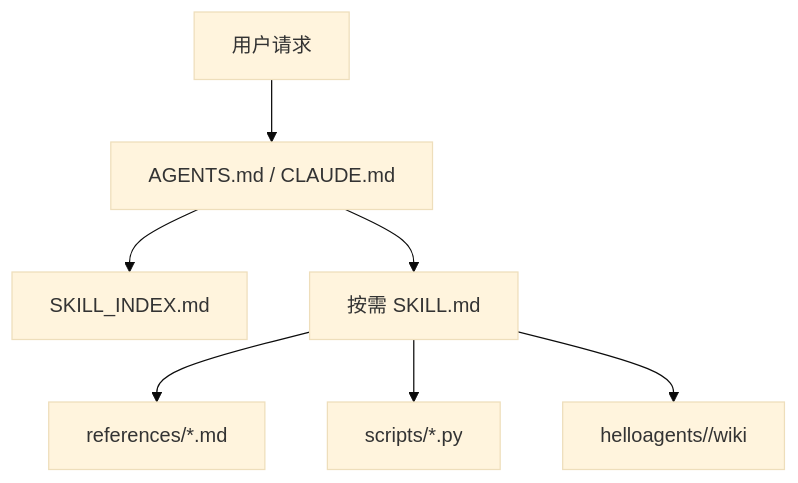
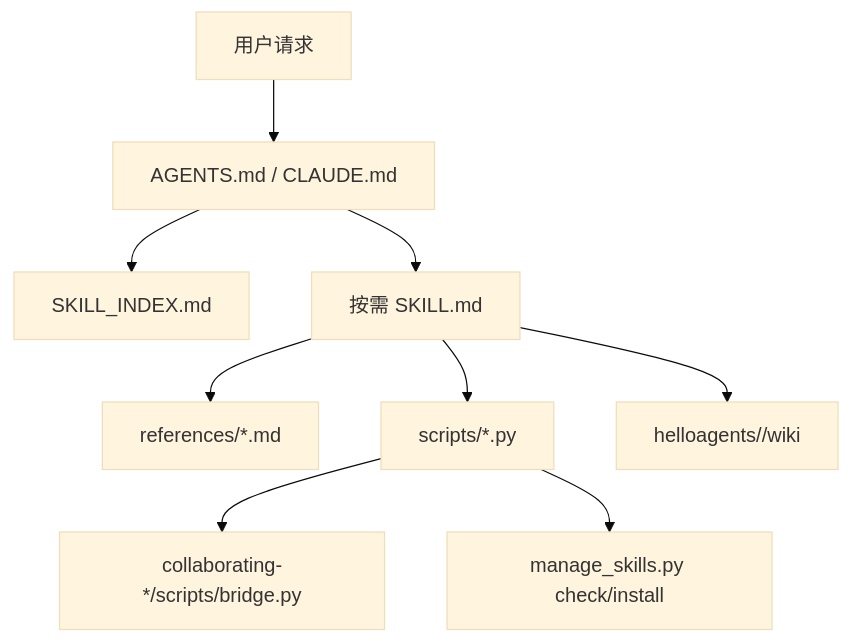
Before and after one commit to zcw199604/helloagents: the diagram in helloagents/1.x/wiki/arch.md, drawn with Mermaid (base theme). The commit also changed other lines of this file and 87 other files, not shown here.

````diff
--- a/helloagents/1.x/wiki/arch.md
+++ b/helloagents/1.x/wiki/arch.md
@@ -5,9 +5,11 @@
 ```mermaid
 flowchart TD
   User["用户请求"] --> Bootstrap["AGENTS.md / CLAUDE.md"]
   Bootstrap --> SkillIndex["SKILL_INDEX.md"]
   Bootstrap --> Skill["按需 SKILL.md"]
   Skill --> References["references/*.md"]
   Skill --> Scripts["scripts/*.py"]
+  Scripts --> Bundled["collaborating-*/scripts/bridge.py"]
+  Scripts --> Install["manage_skills.py check/install"]
   Skill --> KB["helloagents/<branch>/wiki"]
 ```
````
